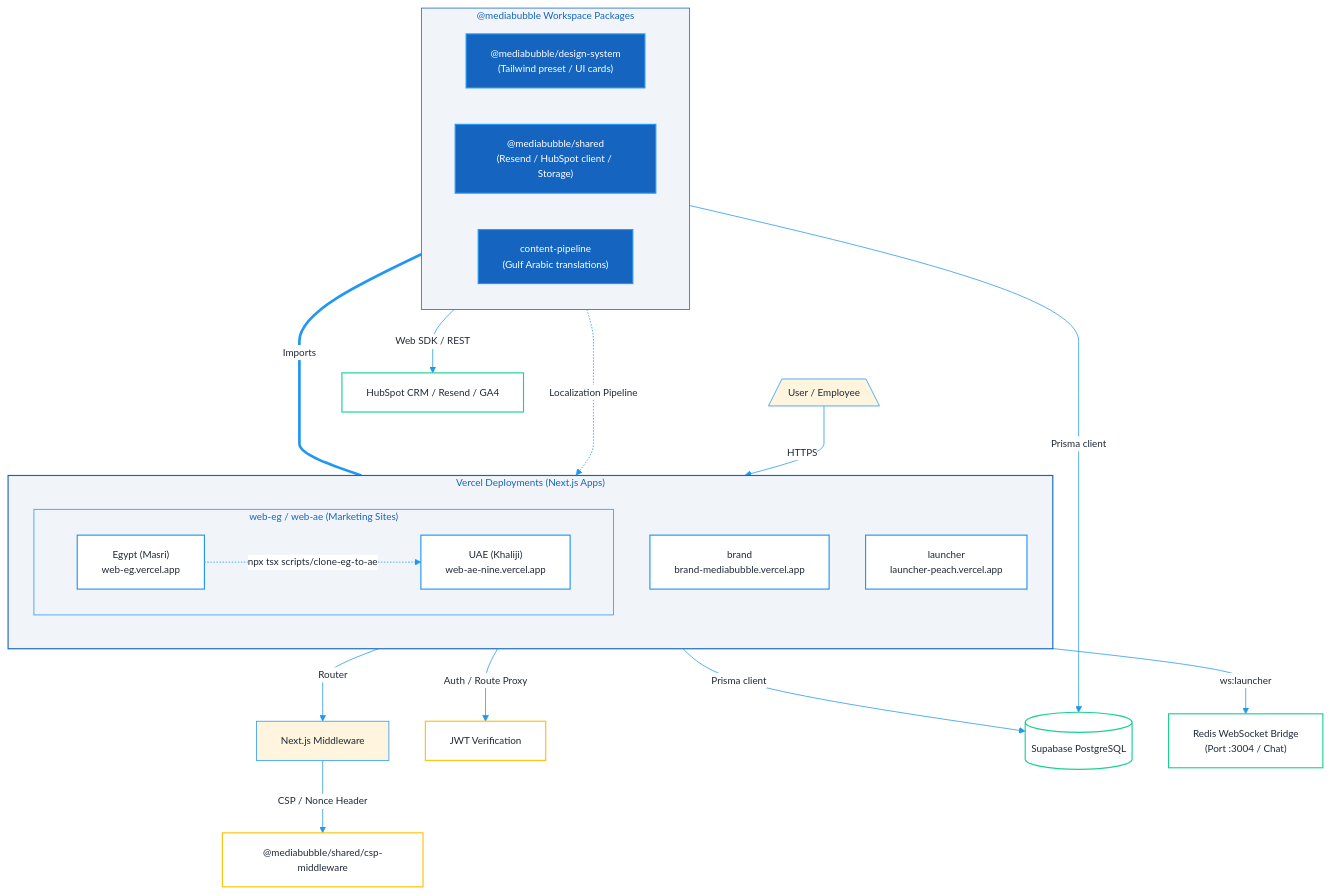
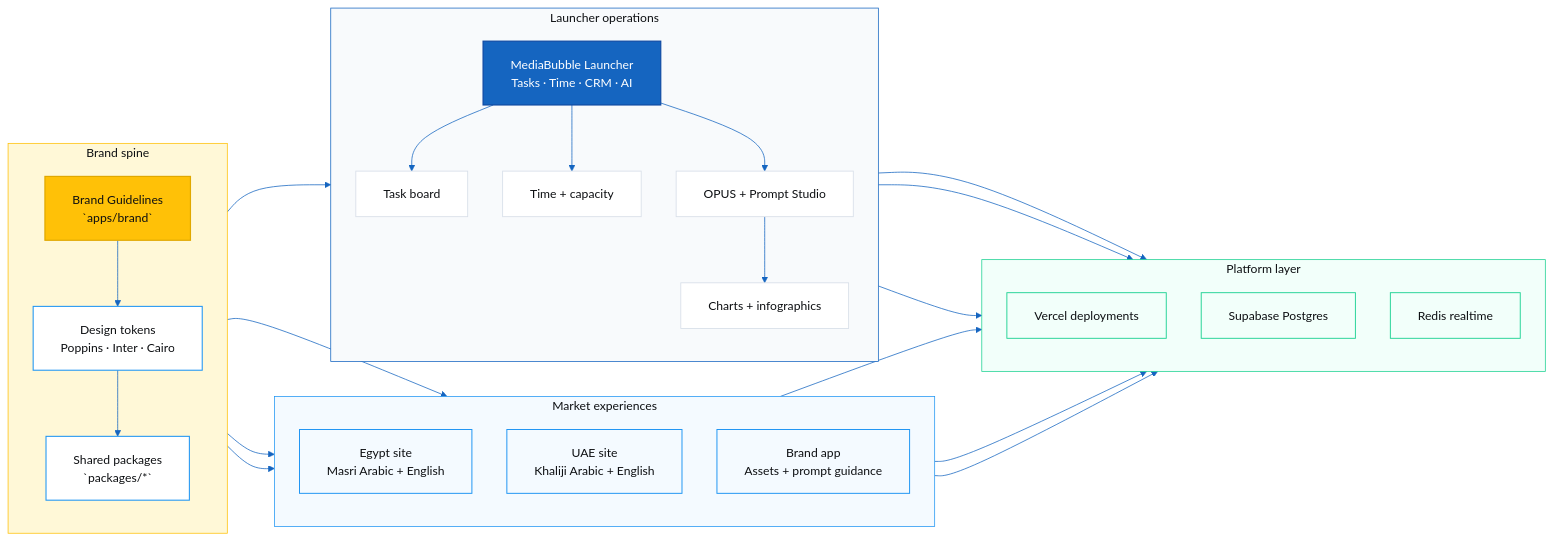
One commit to mediabubble-adv/mediaBubble changed the diagram in README.md. Above: the diagram before and after it, drawn with Mermaid. The commit also changed other lines of this file and 2 other files, not shown here.

Commit message:
Polish README brand presentation

````diff
--- a/README.md
+++ b/README.md
@@ -239,56 +113,70 @@
 ```mermaid
-%%{init: {"theme":"base","themeVariables":{"fontFamily":"Poppins, Inter, system-ui, sans-serif","fontSize":"13px","lineColor":"#2196F3","primaryTextColor":"#1F2937","primaryBorderColor":"#2196F3","clusterBkg":"#F8FAFC","clusterBorder":"#E2E8F0","titleColor":"#1565C0","edgeLabelBackground":"#FFFFFF"},"flowchart":{"curve":"monotoneY","nodeSpacing":48,"rankSpacing":64,"padding":16}}}%%
-flowchart TB
-  %% Users & Edge
-  Client[/"User / Employee"\] -->|HTTPS| Vercel["Vercel Edge Network"]
-  
-  subgraph Vercel ["Vercel Deployments (Next.js Apps)"]
+%%{init: {"theme":"base","themeVariables":{"fontFamily":"Inter, Cairo, system-ui, sans-serif","background":"transparent","primaryColor":"#FFFFFF","primaryTextColor":"#0D0F12","primaryBorderColor":"#2196F3","lineColor":"#1565C0","clusterBkg":"#F8FAFC","clusterBorder":"#D7DEE8","edgeLabelBackground":"#FFFFFF","tertiaryColor":"#FFC107","tertiaryTextColor":"#0D0F12","titleColor":"#0D0F12"},"flowchart":{"curve":"basis","nodeSpacing":46,"rankSpacing":62,"padding":18}}}%%
+flowchart LR
+  subgraph Spine["Brand spine"]
     direction TB
-    
-    subgraph webApp ["web-eg / web-ae (Marketing Sites)"]
-      direction LR
-      EG["Egypt (Masri)<br/>web-eg.vercel.app"]
-      AE["UAE (Khaliji)<br/>web-ae-nine.vercel.app"]
-      EG -.->|"npx tsx scripts/clone-eg-to-ae"| AE
-    end
-    
-    Brand["brand<br/>brand-mediabubble.vercel.app"]
-    Launcher["launcher<br/>launcher-peach.vercel.app"]
+    BrandGuide["Brand Guidelines<br/>`apps/brand`"]
+    Tokens["Design tokens<br/>Poppins · Inter · Cairo"]
+    Shared["Shared packages<br/>`packages/*`"]
   end
-  
-  %% Middleware & Logic Gate
-  Vercel -->|Router| MW["Next.js Middleware"]
-  MW -->|CSP / Nonce Header| CSP["@mediabubble/shared/csp-middleware"]
-  Launcher -->|Auth / Route Proxy| JWT["JWT Verification"]
-  
-  %% Packages Layer
-  Vercel ====|Imports| Packages
-  
-  subgraph Packages ["@mediabubble Workspace Packages"]
-    direction LR
-    DS["@mediabubble/design-system<br/>(Tailwind preset / UI cards)"]
-    SH["@mediabubble/shared<br/>(Resend / HubSpot client / Storage)"]
-    CP["content-pipeline<br/>(Gulf Arabic translations)"]
+
+  subgraph Markets["Market experiences"]
+    direction TB
+    EG["Egypt site<br/>Masri Arabic + English"]
+    AE["UAE site<br/>Khaliji Arabic + English"]
+    BrandApp["Brand app<br/>Assets + prompt guidance"]
   end
-  
-  CP -.->|Localization Pipeline| AE
-  
-  %% Infrastructure & Integrations
-  Launcher & SH -->|Prisma client| DB[("Supabase PostgreSQL")]
-  Launcher -->|ws:launcher| WS["Redis WebSocket Bridge<br/>(Port :3004 / Chat)"]
-  SH -->|Web SDK / REST| Ext["HubSpot CRM / Resend / GA4"]
 
-  classDef app fill:#FFFFFF,stroke:#2196F3,color:#1F2937,stroke-width:1.5px
-  classDef pkg fill:#1565C0,stroke:#2196F3,color:#FFFFFF,stroke-width:1.5px
-  classDef pipe fill:#FFFFFF,stroke:#FFC107,color:#1F2937,stroke-width:1.5px
-  classDef infra fill:#FFFFFF,stroke:#1AD191,color:#1F2937,stroke-width:1.5px
+  subgraph Launcher["Launcher operations"]
+    direction TB
+    Hub["MediaBubble Launcher<br/>Tasks · Time · CRM · AI"]
+    TaskFlow["Task board"]
+    TimeFlow["Time + capacity"]
+    AiFlow["OPUS + Prompt Studio"]
+    VizFlow["Charts + infographics"]
+  end
 
-  class EG,AE,Brand,Launcher app
-  class DS,SH,CP pkg
-  class JWT,CSP pipe
-  class DB,WS,Ext,Vercel infra
+  subgraph Platform["Platform layer"]
+    direction TB
+    Vercel["Vercel deployments"]
+    Postgres["Supabase Postgres"]
+    Redis["Redis realtime"]
+  end
 
-  style Vercel fill:#F1F5F9,stroke:#1565C0,color:#1565C0
-  style webApp fill:#F1F5F9,stroke:#2196F3,color:#1565C0
-  style Packages fill:#F1F5F9,stroke:#1565C0,color:#1565C0
+  BrandGuide --> Tokens --> Shared
+  Shared --> EG
+  Shared --> AE
+  Shared --> BrandApp
+  Shared --> Hub
+
+  Hub --> TaskFlow
+  Hub --> TimeFlow
+  Hub --> AiFlow
+  AiFlow --> VizFlow
+
+  EG --> Vercel
+  AE --> Vercel
+  BrandApp --> Vercel
+  Hub --> Vercel
+  Hub --> Postgres
+  Hub --> Redis
+
+  classDef brand fill:#FFC107,stroke:#E0A800,color:#0D0F12,stroke-width:1.6px;
+  classDef spine fill:#FFFFFF,stroke:#2196F3,color:#0D0F12,stroke-width:1.4px;
+  classDef market fill:#F4FAFF,stroke:#2196F3,color:#0D0F12,stroke-width:1.3px;
+  classDef ops fill:#1565C0,stroke:#0D47A1,color:#FFFFFF,stroke-width:1.5px;
+  classDef module fill:#FFFFFF,stroke:#D7DEE8,color:#0D0F12,stroke-width:1.1px;
+  classDef infra fill:#F2FFFA,stroke:#1AD191,color:#0D0F12,stroke-width:1.2px;
+
+  class BrandGuide brand
+  class Tokens,Shared spine
+  class EG,AE,BrandApp market
+  class Hub ops
+  class TaskFlow,TimeFlow,AiFlow,VizFlow module
+  class Vercel,Postgres,Redis infra
+
+  style Spine fill:#FFF8D7,stroke:#FFC107,color:#0D0F12
+  style Markets fill:#F4FAFF,stroke:#2196F3,color:#0D0F12
+  style Launcher fill:#F8FAFC,stroke:#1565C0,color:#0D0F12
+  style Platform fill:#F2FFFA,stroke:#1AD191,color:#0D0F12
 ```
````
